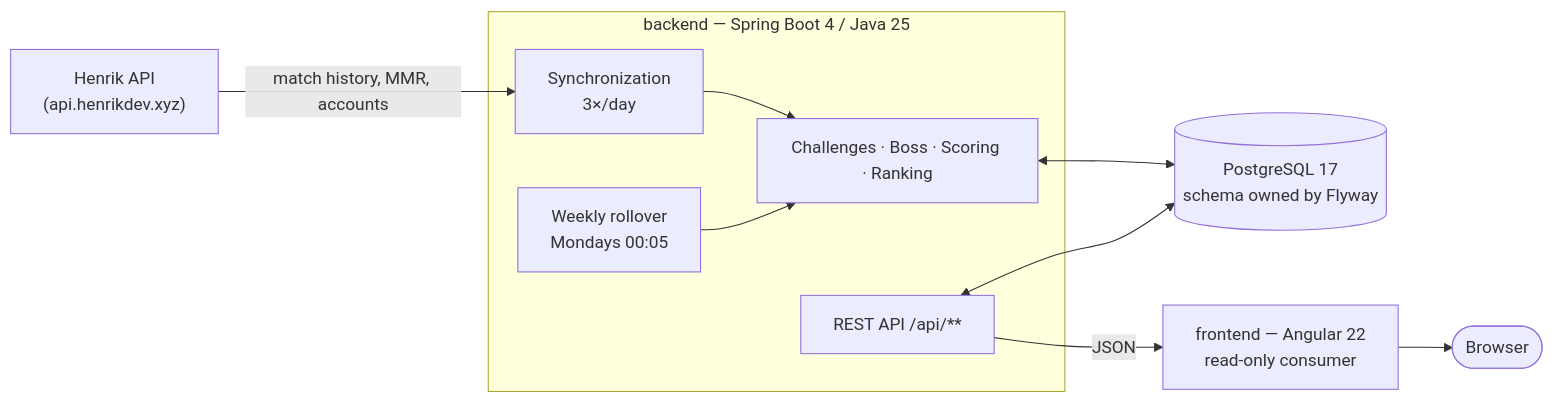
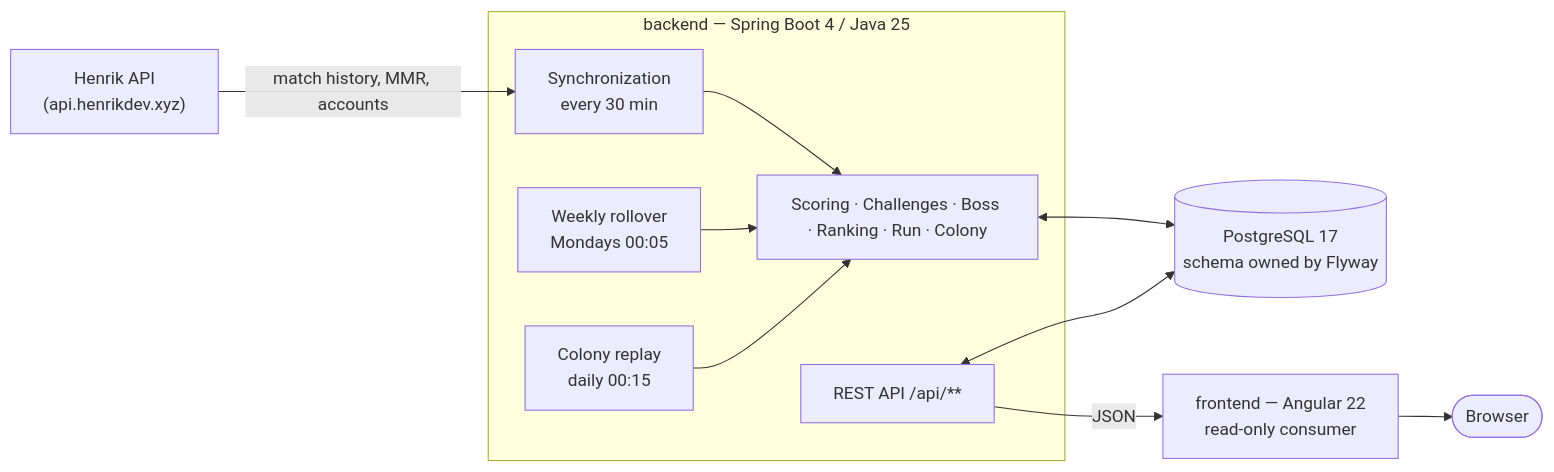
One commit to ThomasHtn/valoquests changed the diagram in README.md. Above: the diagram before and after it, drawn with Mermaid. The commit also changed other lines of this file and 61 other files, not shown here.

````diff
--- a/README.md
+++ b/README.md
@@ -112,21 +344,23 @@
 ```mermaid
 flowchart LR
     Riot["Henrik API<br/>(api.henrikdev.xyz)"]
     subgraph BE["backend — Spring Boot 4 / Java 25"]
-        Sync["Synchronization<br/>3×/day"]
+        Sync["Synchronization<br/>every 30 min"]
         Rollover["Weekly rollover<br/>Mondays 00:05"]
-        Domain["Challenges · Boss · Scoring · Ranking"]
+        Tick["Colony replay<br/>daily 00:15"]
+        Domain["Scoring · Challenges · Boss · Ranking · Run · Colony"]
         API["REST API /api/**"]
     end
     DB[("PostgreSQL 17<br/>schema owned by Flyway")]
     FE["frontend — Angular 22<br/>read-only consumer"]
     Browser(["Browser"])
 
     Riot -->|match history, MMR, accounts| Sync
     Sync --> Domain
     Rollover --> Domain
+    Tick --> Domain
     Domain <--> DB
     API <--> DB
     API -->|JSON| FE
     FE --> Browser
 ```
````
